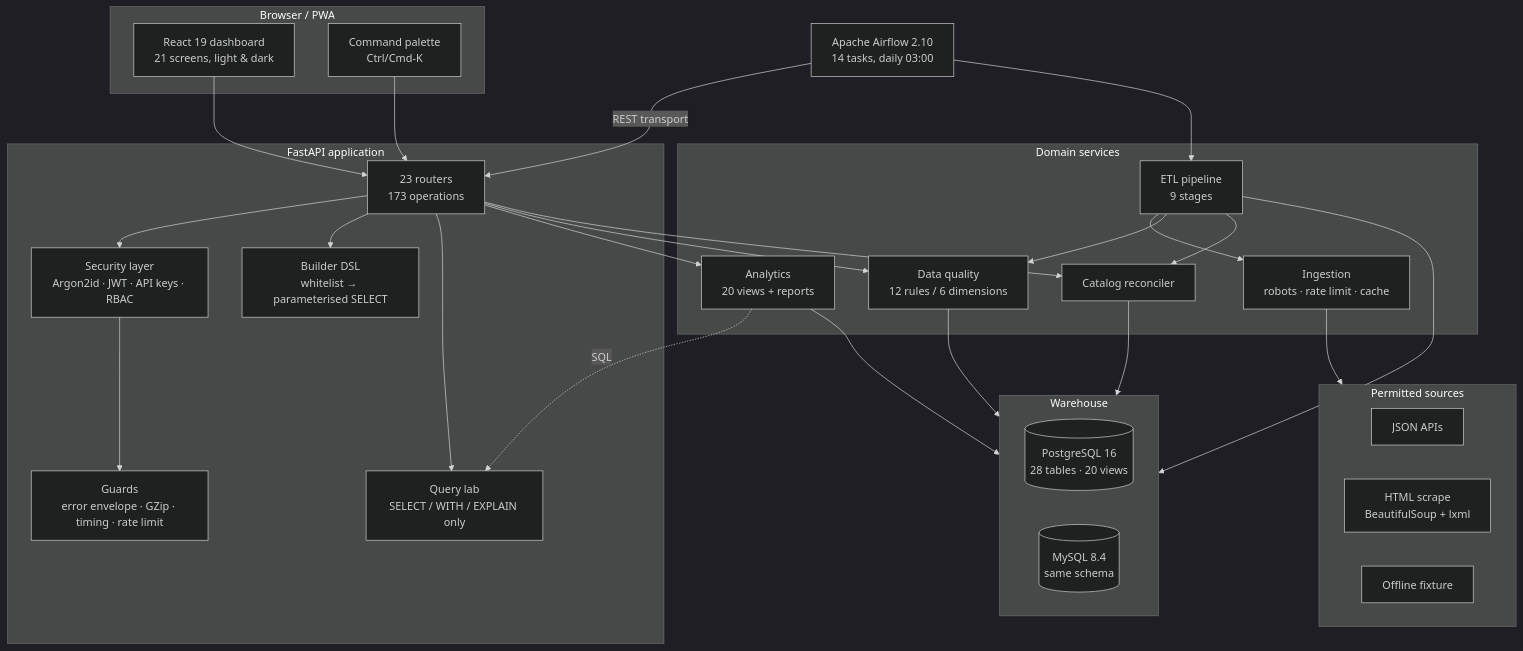
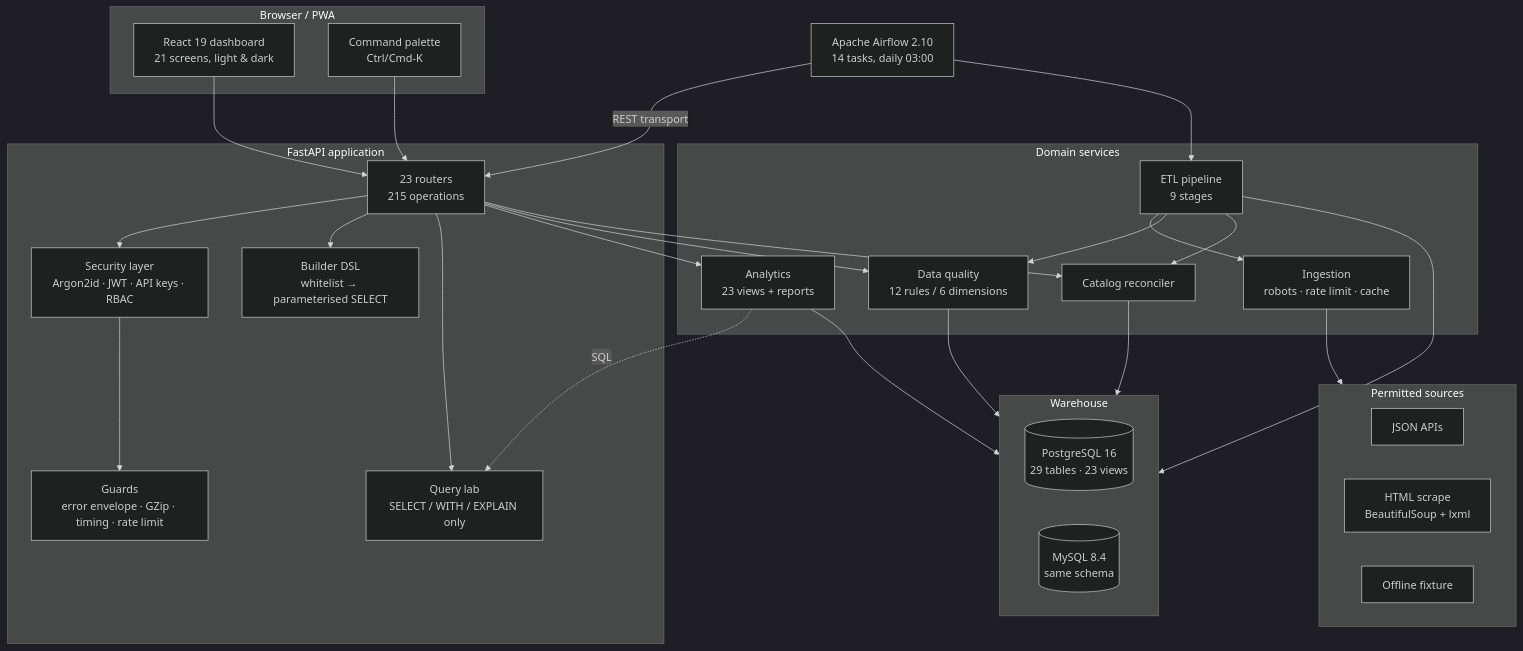
One commit to Ahmedbakr78/Web-to-Warehouse-Product-Intelligence-Pipeline changed diagram 12 of 15 in README.md. Above: the diagram before and after it, drawn with Mermaid (dark theme). The commit also changed other lines of this file, not shown here.

````diff
--- a/README.md
+++ b/README.md
@@ -794,50 +794,50 @@
 ```mermaid
 graph TB
     subgraph Client["Browser / PWA"]
         DASH["React 19 dashboard<br/>21 screens, light & dark"]
         PAL["Command palette<br/>Ctrl/Cmd-K"]
     end
     subgraph Edge["FastAPI application"]
-        ROUTES["23 routers<br/>173 operations"]
+        ROUTES["23 routers<br/>215 operations"]
         AUTH["Security layer<br/>Argon2id · JWT · API keys · RBAC"]
         GUARD["Guards<br/>error envelope · GZip · timing · rate limit"]
         BUILDER["Builder DSL<br/>whitelist → parameterised SELECT"]
         QLAB["Query lab<br/>SELECT / WITH / EXPLAIN only"]
     end
     subgraph Domain["Domain services"]
         ING["Ingestion<br/>robots · rate limit · cache"]
         ETL["ETL pipeline<br/>9 stages"]
         DQ["Data quality<br/>12 rules / 6 dimensions"]
-        AN["Analytics<br/>20 views + reports"]
+        AN["Analytics<br/>23 views + reports"]
         REC["Catalog reconciler"]
     end
     subgraph Store["Warehouse"]
-        PG[("PostgreSQL 16<br/>28 tables · 20 views")]
+        PG[("PostgreSQL 16<br/>29 tables · 23 views")]
         MY[("MySQL 8.4<br/>same schema")]
     end
     subgraph Sources["Permitted sources"]
         S1["JSON APIs"]
         S2["HTML scrape<br/>BeautifulSoup + lxml"]
         S3["Offline fixture"]
     end
     AF["Apache Airflow 2.10<br/>14 tasks, daily 03:00"]
 
     DASH --> ROUTES
     PAL --> ROUTES
     ROUTES --> AUTH --> GUARD
     ROUTES --> BUILDER
     ROUTES --> QLAB
     ROUTES --> AN
     ROUTES --> DQ
     ROUTES --> REC
     ETL --> ING --> Sources
     ETL --> DQ
     ETL --> REC
     ETL --> Store
     AN --> Store
     DQ --> Store
     REC --> Store
     AN -.SQL.-> QLAB
     AF -->|"REST transport"| ROUTES
     AF --> ETL
 ```
````
